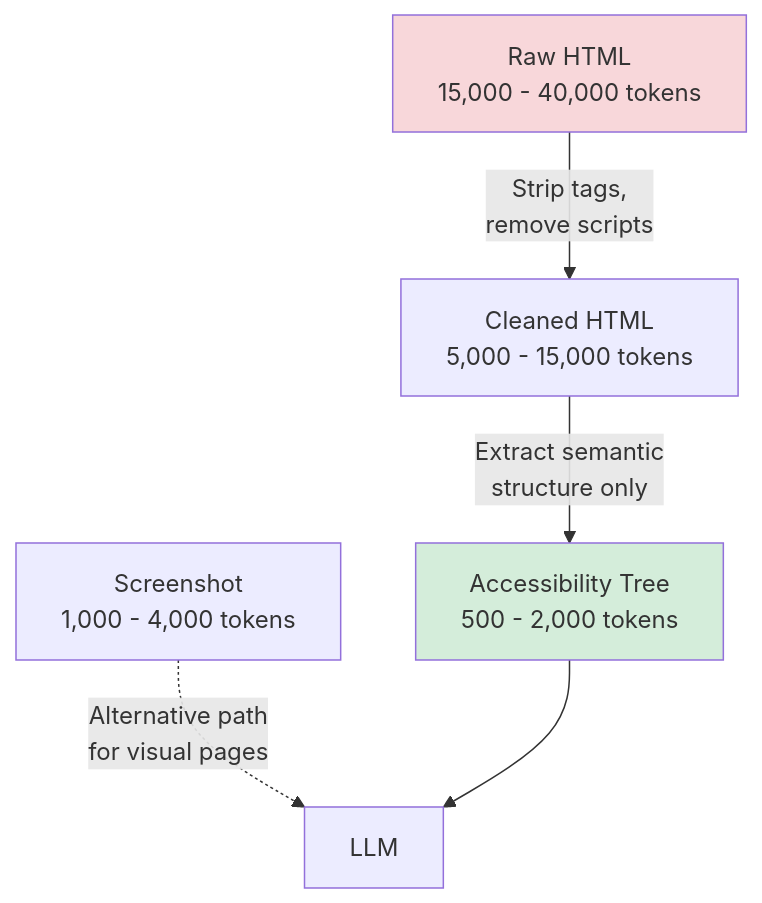
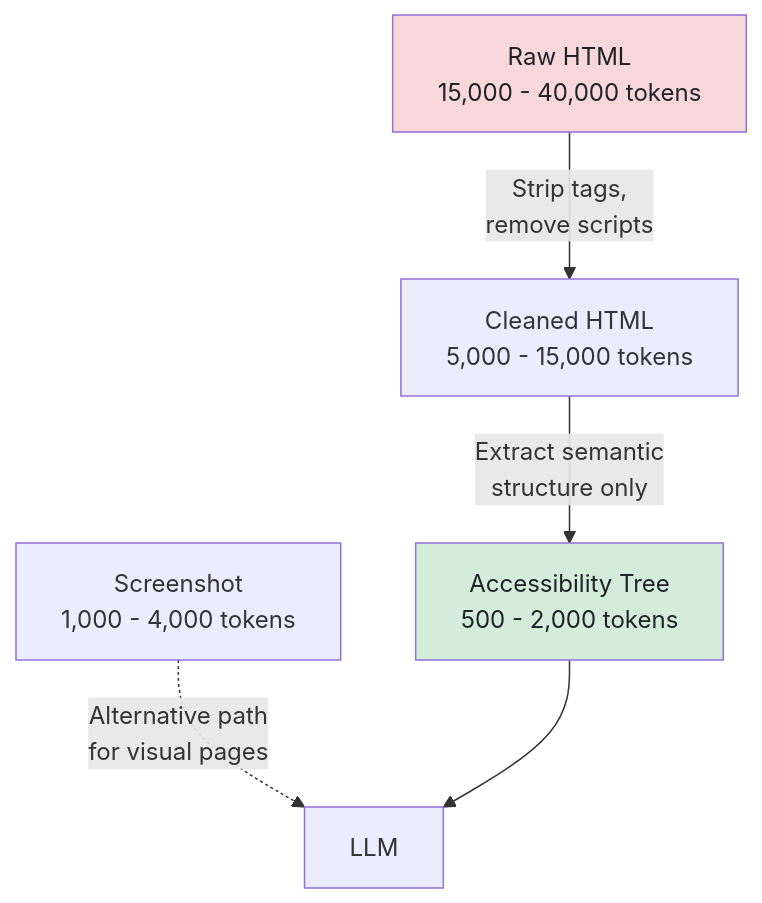
One commit to bytetunnels/bytetunnels.github.com changed the fourth of 5 diagrams in _posts/2026-02-22-ai-browser-agents-playwright-for-ai-agent-automation.md. Above: the diagram before and after it, drawn with Mermaid. The commit also changed other lines of this file and 118 other files, not shown here.

Commit message:
feat: improve diagram styling and compact wide flowcharts

````diff
--- a/_posts/2026-02-22-ai-browser-agents-playwright-for-ai-agent-automation.md
+++ b/_posts/2026-02-22-ai-browser-agents-playwright-for-ai-agent-automation.md
@@ -460,10 +460,10 @@
 ```mermaid
 graph TD
     A["Raw HTML<br>15,000 - 40,000 tokens"] -->|"Strip tags,<br>remove scripts"| B["Cleaned HTML<br>5,000 - 15,000 tokens"]
     B -->|"Extract semantic<br>structure only"| C["Accessibility Tree<br>500 - 2,000 tokens"]
     D["Screenshot<br>1,000 - 4,000 tokens"] -.->|"Alternative path<br>for visual pages"| E["LLM"]
     C --> E
 
-    style C fill:#d4edda
-    style A fill:#f8d7da
+    style C fill:#d4edda,color:#1f2328
+    style A fill:#f8d7da,color:#1f2328
 ```
````
